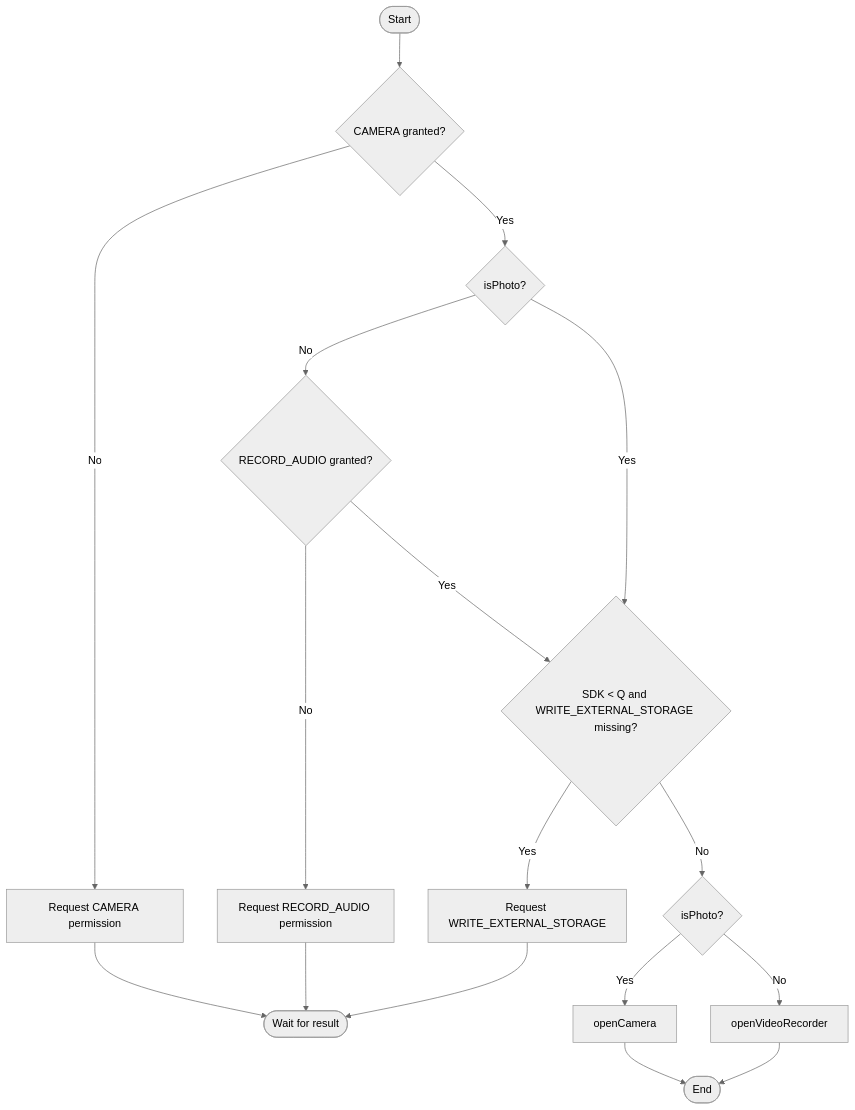
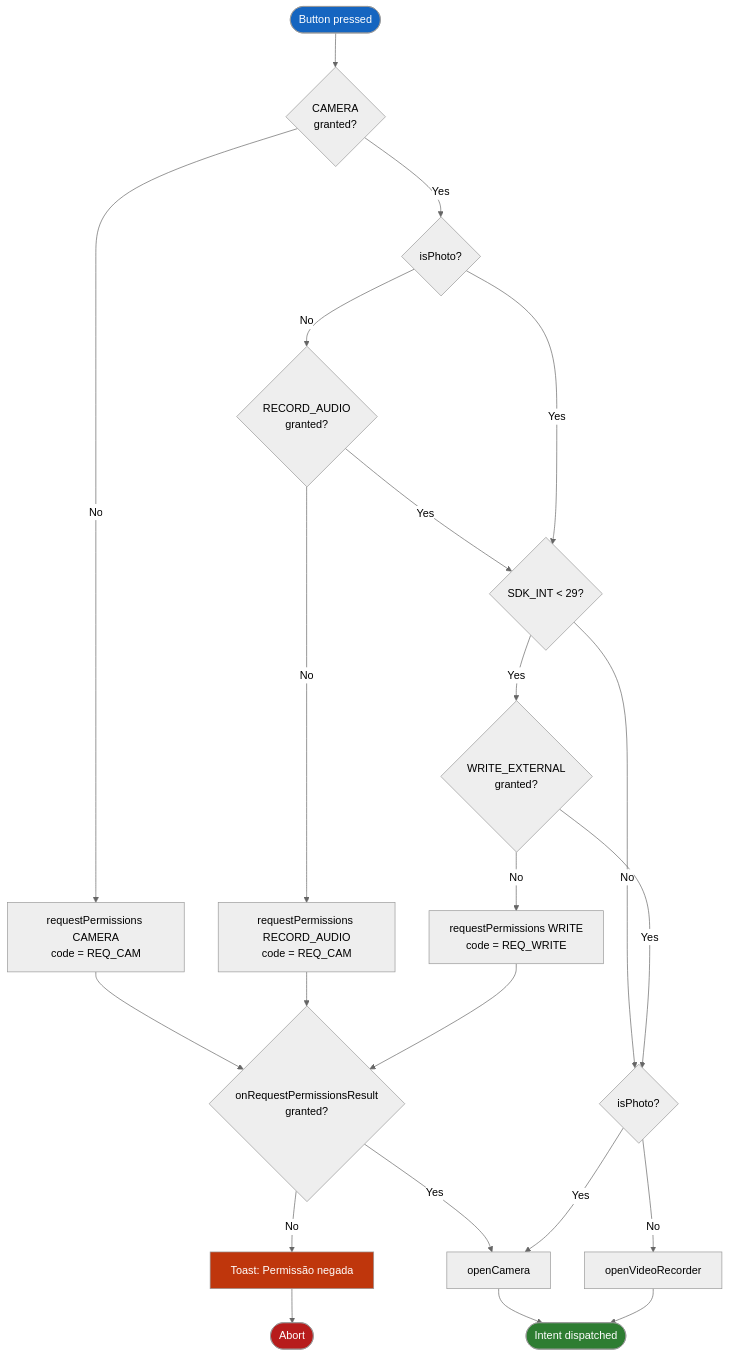
One commit to VictorHJesusSantiago/AppCamera changed the sixth of 9 diagrams in README.md. Above: the diagram before and after it, drawn with Mermaid (neutral theme). The commit also changed other lines of this file and 2 other files, not shown here.

Commit message:
Refactor code structure for improved readability and maintainability

````diff
--- a/README.md
+++ b/README.md
@@ -655,19 +831,29 @@
 ```mermaid
 flowchart TD
-    Start([Start]) --> A{CAMERA granted?}
-    A -- No --> ReqCam[Request CAMERA permission]
-    ReqCam --> End1([Wait for result])
-    A -- Yes --> B{isPhoto?}
-    B -- No --> C{RECORD_AUDIO granted?}
-    C -- No --> ReqAudio[Request RECORD_AUDIO permission]
-    ReqAudio --> End1
-    C -- Yes --> D
-    B -- Yes --> D{SDK < Q and WRITE_EXTERNAL_STORAGE missing?}
-    D -- Yes --> ReqWrite[Request WRITE_EXTERNAL_STORAGE]
-    ReqWrite --> End1
-    D -- No --> E{isPhoto?}
-    E -- Yes --> F[openCamera]
-    E -- No --> G[openVideoRecorder]
-    F --> End2([End])
-    G --> End2
+    START([Button pressed]) --> CAM{CAMERA<br/>granted?}
+    CAM -- No --> REQCAM[requestPermissions CAMERA<br/>code = REQ_CAM]
+    REQCAM --> CB{onRequestPermissionsResult<br/>granted?}
+    CB -- No --> TOAST[Toast: Permissão negada]
+    TOAST --> END([Abort])
+    CB -- Yes --> OPEN
+    CAM -- Yes --> ISPHOTO{isPhoto?}
+    ISPHOTO -- No --> AUD{RECORD_AUDIO<br/>granted?}
+    AUD -- No --> REQAUD[requestPermissions RECORD_AUDIO<br/>code = REQ_CAM]
+    REQAUD --> CB
+    AUD -- Yes --> SDK
+    ISPHOTO -- Yes --> SDK{SDK_INT < 29?}
+    SDK -- No --> BRANCH
+    SDK -- Yes --> WRT{WRITE_EXTERNAL<br/>granted?}
+    WRT -- No --> REQWRT[requestPermissions WRITE<br/>code = REQ_WRITE]
+    REQWRT --> CB
+    WRT -- Yes --> BRANCH
+    BRANCH{isPhoto?} -- Yes --> OPEN[openCamera]
+    BRANCH -- No --> OPENV[openVideoRecorder]
+    OPEN --> DONE([Intent dispatched])
+    OPENV --> DONE
+
+    style START fill:#1565C0,color:#fff
+    style DONE fill:#2E7D32,color:#fff
+    style END fill:#B71C1C,color:#fff
+    style TOAST fill:#BF360C,color:#fff
 ```
````
